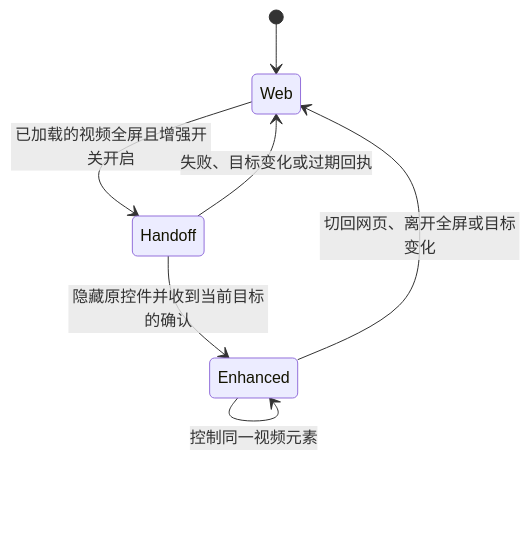
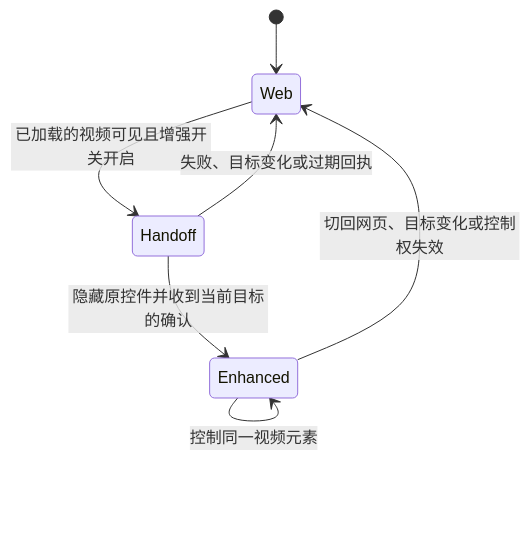
The first of 2 diagrams in design/video-playback-and-casting.md (Nobilta/pure-browser), drawn with Mermaid before and after one commit. The commit also changed other lines of this file and 97 other files, not shown here.

````diff
--- a/design/video-playback-and-casting.md
+++ b/design/video-playback-and-casting.md
@@ -19,9 +19,9 @@
 ```mermaid
 stateDiagram-v2
     [*] --> Web
-    Web --> Handoff: 已加载的视频全屏且增强开关开启
+    Web --> Handoff: 已加载的视频可见且增强开关开启
     Handoff --> Enhanced: 隐藏原控件并收到当前目标的确认
     Handoff --> Web: 失败、目标变化或过期回执
-    Enhanced --> Web: 切回网页、离开全屏或目标变化
+    Enhanced --> Web: 切回网页、目标变化或控制权失效
     Enhanced --> Enhanced: 控制同一视频元素
 ```
````
